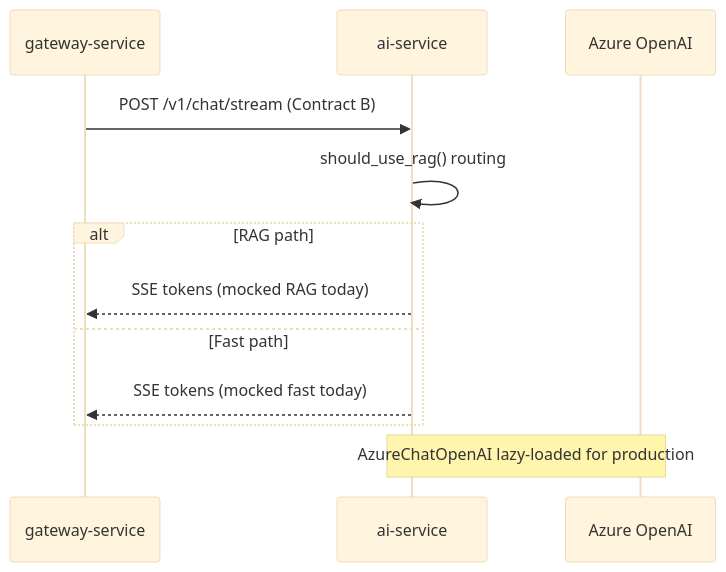
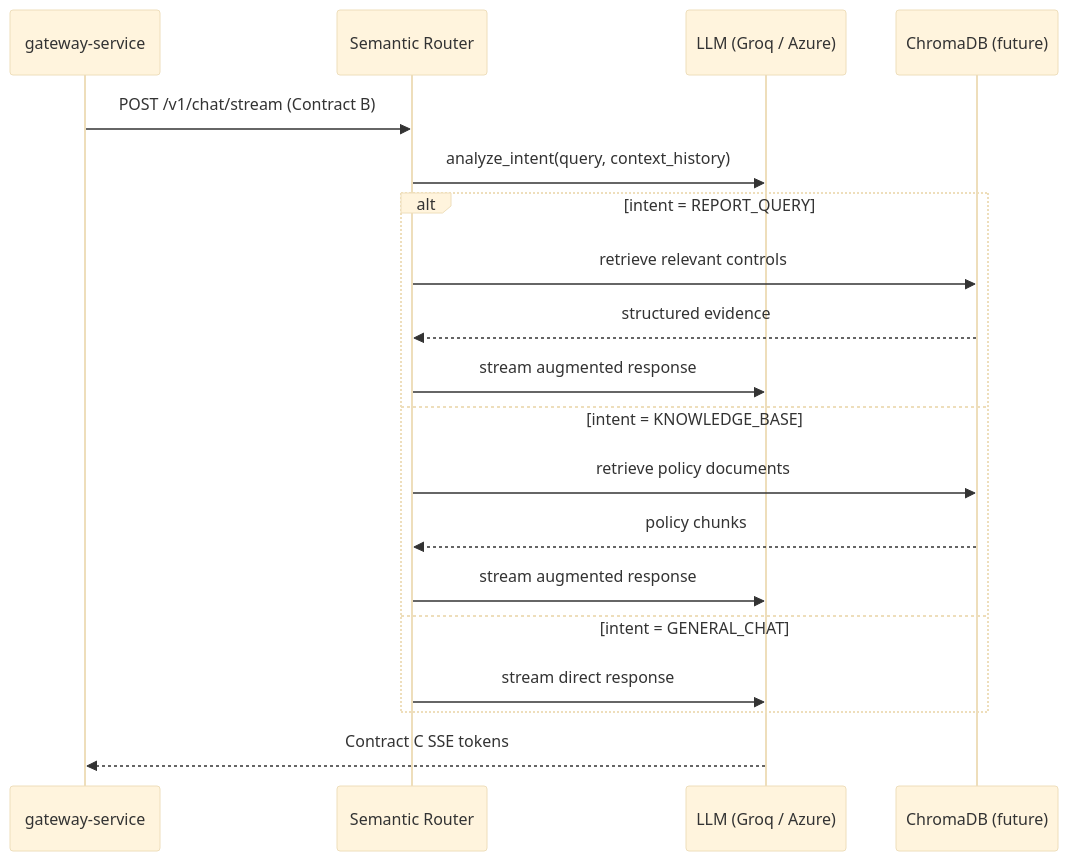
One commit to Manavagarwal2703/compliance-overlay changed the diagram in ai-service/README.md. Above: the diagram before and after it, drawn with Mermaid (base theme). The commit also changed other lines of this file and 16 other files, not shown here.

Commit message:
feat: full end-to-end integration verified (UI -> Postgres -> Semantic Router -> Groq)

````diff
--- a/ai-service/README.md
+++ b/ai-service/README.md
@@ -7,15 +9,22 @@
 ```mermaid
 sequenceDiagram
   participant G as gateway-service
-  participant A as ai-service
-  participant LLM as Azure OpenAI
+  participant R as Semantic Router
+  participant LLM as LLM (Groq / Azure)
+  participant C as ChromaDB (future)
 
-  G->>A: POST /v1/chat/stream (Contract B)
-  A->>A: should_use_rag() routing
-  alt RAG path
-    A-->>G: SSE tokens (mocked RAG today)
-  else Fast path
-    A-->>G: SSE tokens (mocked fast today)
+  G->>R: POST /v1/chat/stream (Contract B)
+  R->>LLM: analyze_intent(query, context_history)
+  alt intent = REPORT_QUERY
+    R->>C: retrieve relevant controls
+    C-->>R: structured evidence
+    R->>LLM: stream augmented response
+  else intent = KNOWLEDGE_BASE
+    R->>C: retrieve policy documents
+    C-->>R: policy chunks
+    R->>LLM: stream augmented response
+  else intent = GENERAL_CHAT
+    R->>LLM: stream direct response
   end
-  Note over A,LLM: AzureChatOpenAI lazy-loaded for production
+  LLM-->>G: Contract C SSE tokens
 ```
````
